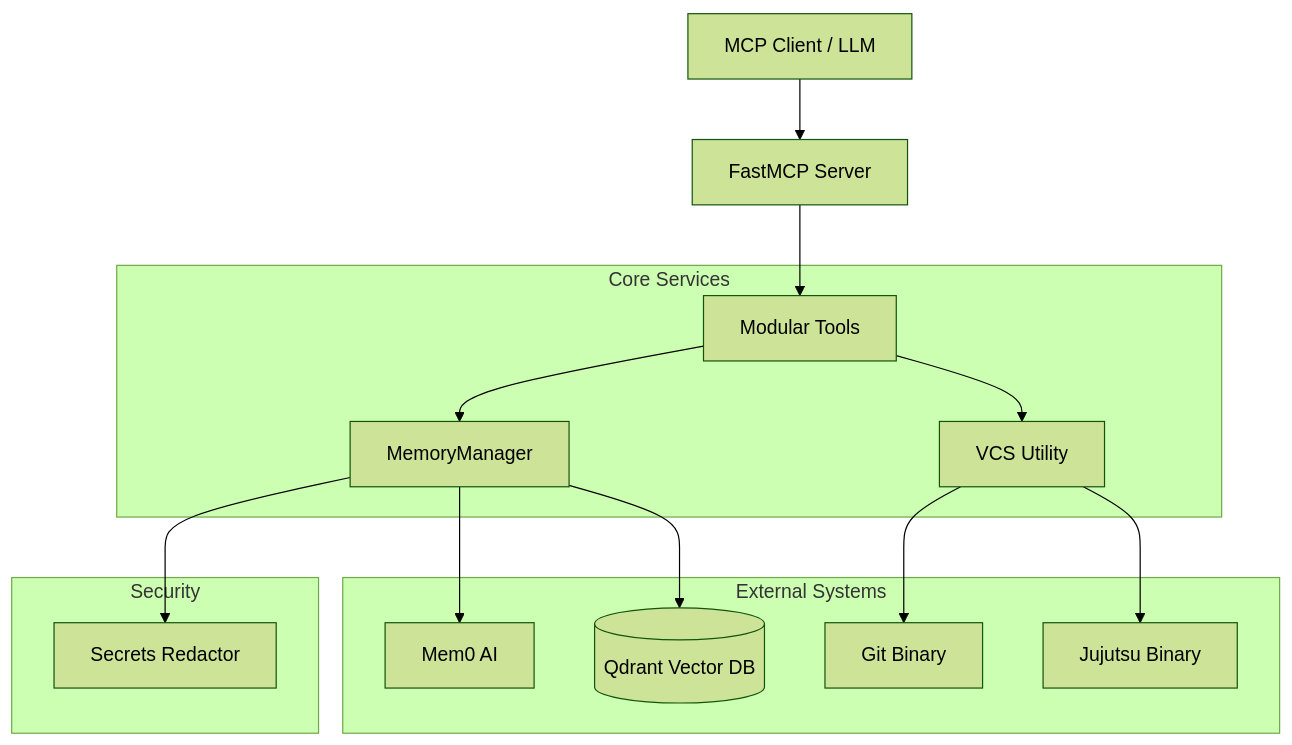
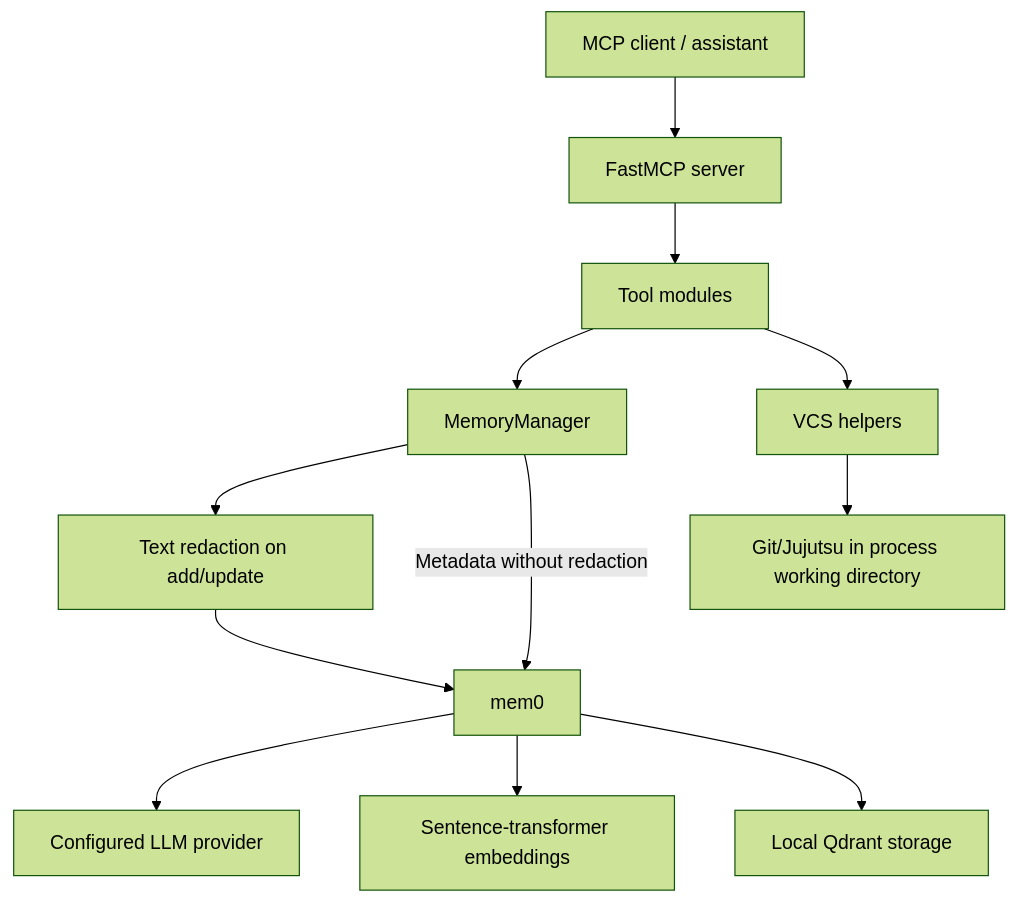
One commit to lonlydwolf/dotfiles-maintainer changed the diagram in ARCHITECTURE.md. Above: the diagram before and after it, drawn with Mermaid (forest theme). The commit also changed other lines of this file and 7 other files, not shown here.

````diff
--- a/ARCHITECTURE.md
+++ b/ARCHITECTURE.md
@@ -25,21 +21,14 @@
 ```mermaid
-graph TD
-    Client[MCP Client / LLM] --> Server[FastMCP Server]
-    Server --> Tools[Modular Tools]
-    
-    subgraph "Core Services"
-        Tools --> Memory[MemoryManager]
-        Tools --> VCS[VCS Utility]
-    end
-    
-    subgraph "External Systems"
-        Memory --> Mem0[Mem0 AI]
-        Memory --> Qdrant[(Qdrant Vector DB)]
-        VCS --> Git[Git Binary]
-        VCS --> JJ[Jujutsu Binary]
-    end
-    
-    subgraph "Security"
-        Memory --> Redactor[Secrets Redactor]
-    end
+flowchart TD
+    Client[MCP client / assistant] --> Server[FastMCP server]
+    Server --> Tools[Tool modules]
+    Tools --> Memory[MemoryManager]
+    Tools --> VCS[VCS helpers]
+    Memory --> Redaction[Text redaction on add/update]
+    Redaction --> Mem0[mem0]
+    Memory -->|Metadata without redaction| Mem0
+    Mem0 --> Provider[Configured LLM provider]
+    Mem0 --> Embeddings[Sentence-transformer embeddings]
+    Mem0 --> Qdrant[Local Qdrant storage]
+    VCS --> Repository[Git/Jujutsu in process working directory]
 ```
````
